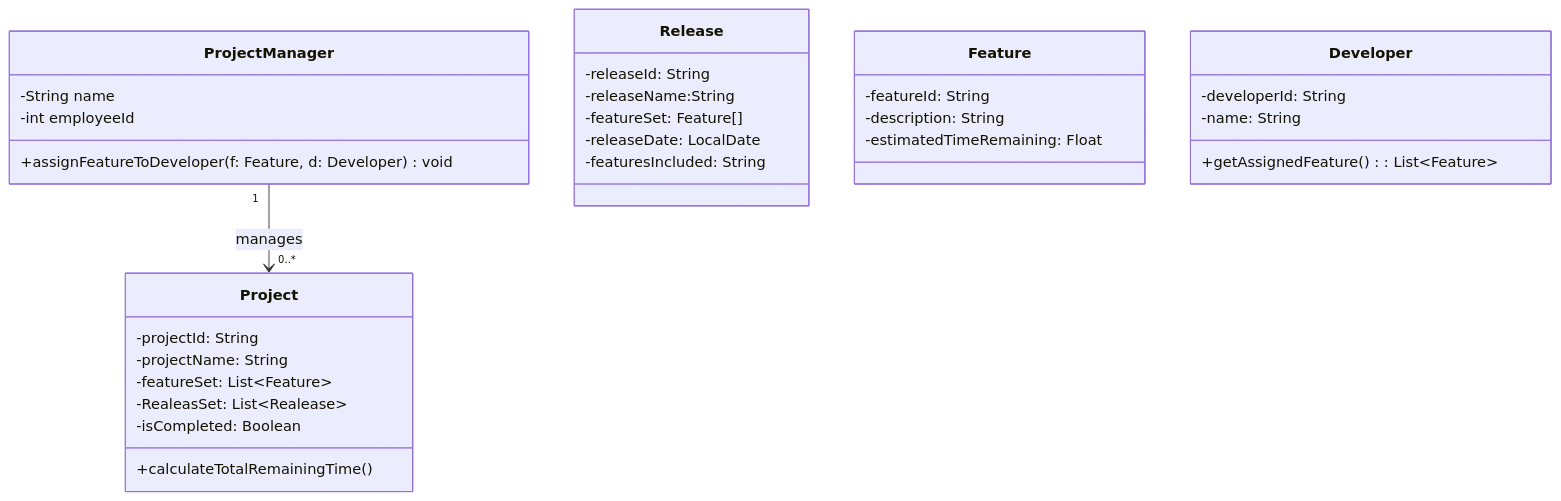
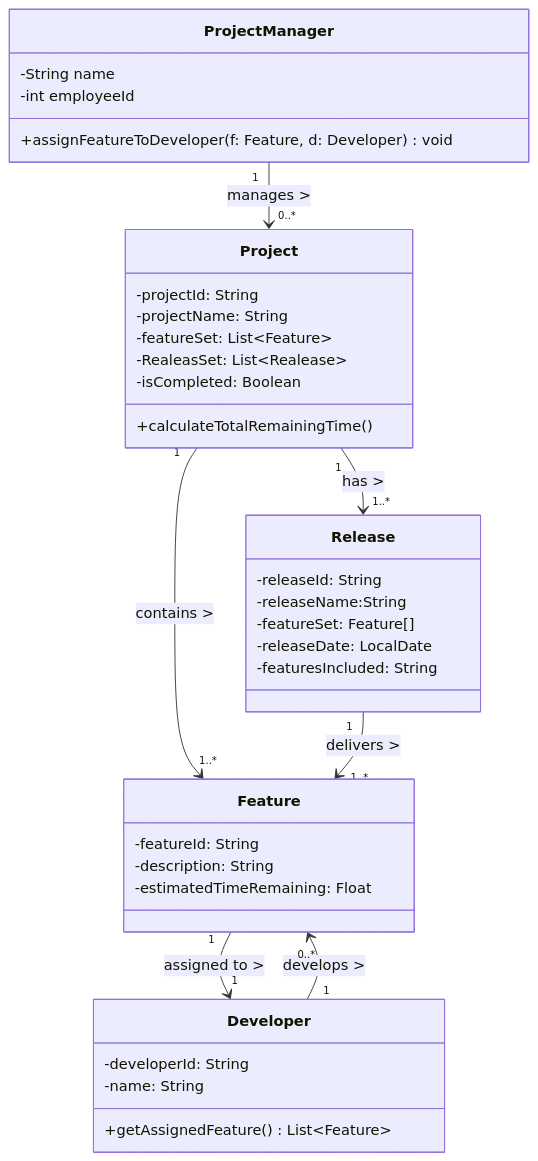
One commit to leone2016/MPP_ASSIGNMENTS changed the first of 3 diagrams in lab2/Assignment1.md. Above: the diagram before and after it, drawn with Mermaid. The commit also changed other lines of this file, not shown here.

````diff
--- a/lab2/Assignment1.md
+++ b/lab2/Assignment1.md
@@ -15,46 +15,53 @@
 ```mermaid
 classDiagram
 
   class ProjectManager {
     -String name
     -int employeeId
     +assignFeatureToDeveloper(f: Feature, d: Developer) void
    }
 
   class Project {
     -projectId: String
     -projectName: String 
     -featureSet: List~Feature~
     -RealeasSet: List~Realease~
     -isCompleted: Boolean 
     +calculateTotalRemainingTime()
   }
 
   class Release {
     -releaseId: String
     -releaseName:String
     -featureSet: Feature[]
     -releaseDate: LocalDate
     -featuresIncluded: String
   }
 
   class Feature {
     -featureId: String 
     -description: String 
     -estimatedTimeRemaining: Float 
   }
 
   class Developer {
     -developerId: String
     -name: String
-    +getAssignedFeature(): List~Feature~
+    +getAssignedFeature() List~Feature~
   }
   
   
   %% Association
   
-  ProjectManager "1" --> "0..*" Project: manages
+  ProjectManager "1" --> "0..*" Project: manages >
+  Project "1" --> "1..*" Release : has >
+  Project "1" --> "1..*" Feature: contains >
+  Release "1" --> "1..*" Feature: delivers >
+  Feature "1" --> "1" Developer : assigned to >
+  Developer "1" --> "0..*" Feature : develops >
+  
+  
 	
 
 
 ```
````
